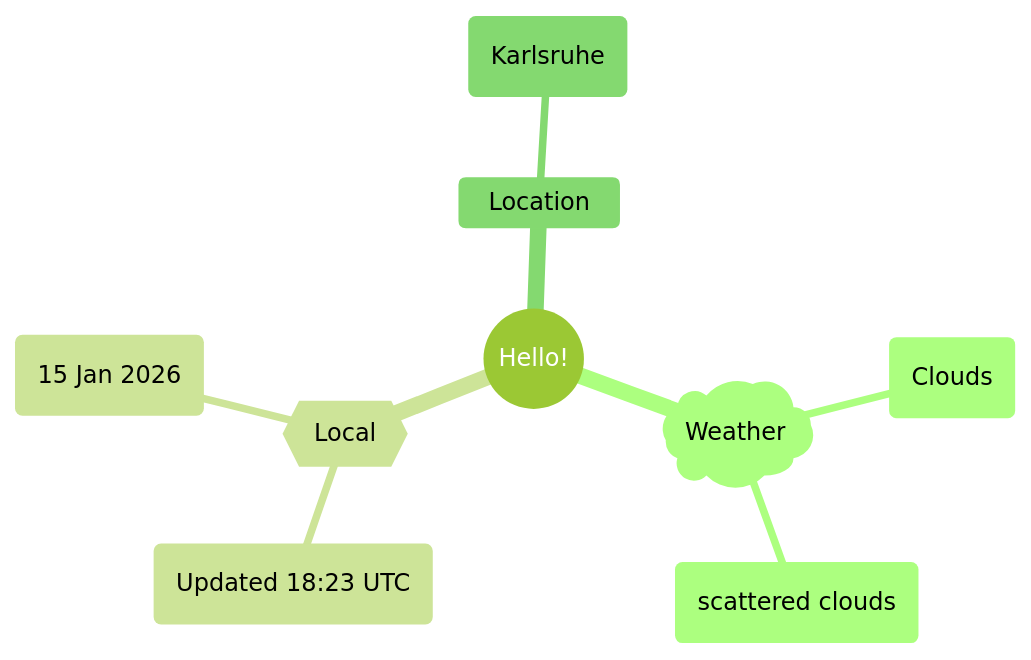
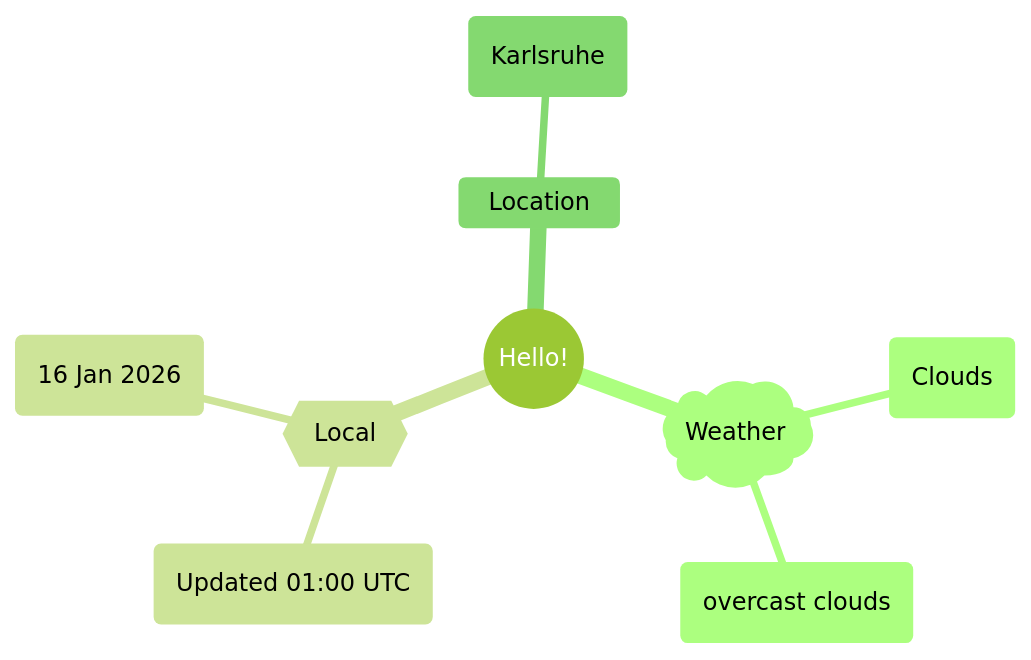
The first of 2 diagrams in README.md (Xosrov/Xosrov), drawn with Mermaid (forest theme) before and after one commit.

Commit message:
[bot] updated images

````diff
--- a/README.md
+++ b/README.md
@@ -3,12 +3,12 @@
 ```mermaid
 mindmap
   root((Hello!))
     )Weather(
         (Clouds)
-        (scattered clouds)
+        (overcast clouds)
     {{Local}}
-        (Updated 18:23 UTC)
-        (15 Jan 2026)
+        (Updated 01:00 UTC)
+        (16 Jan 2026)
     Location
         (Karlsruhe)
 ```
````
